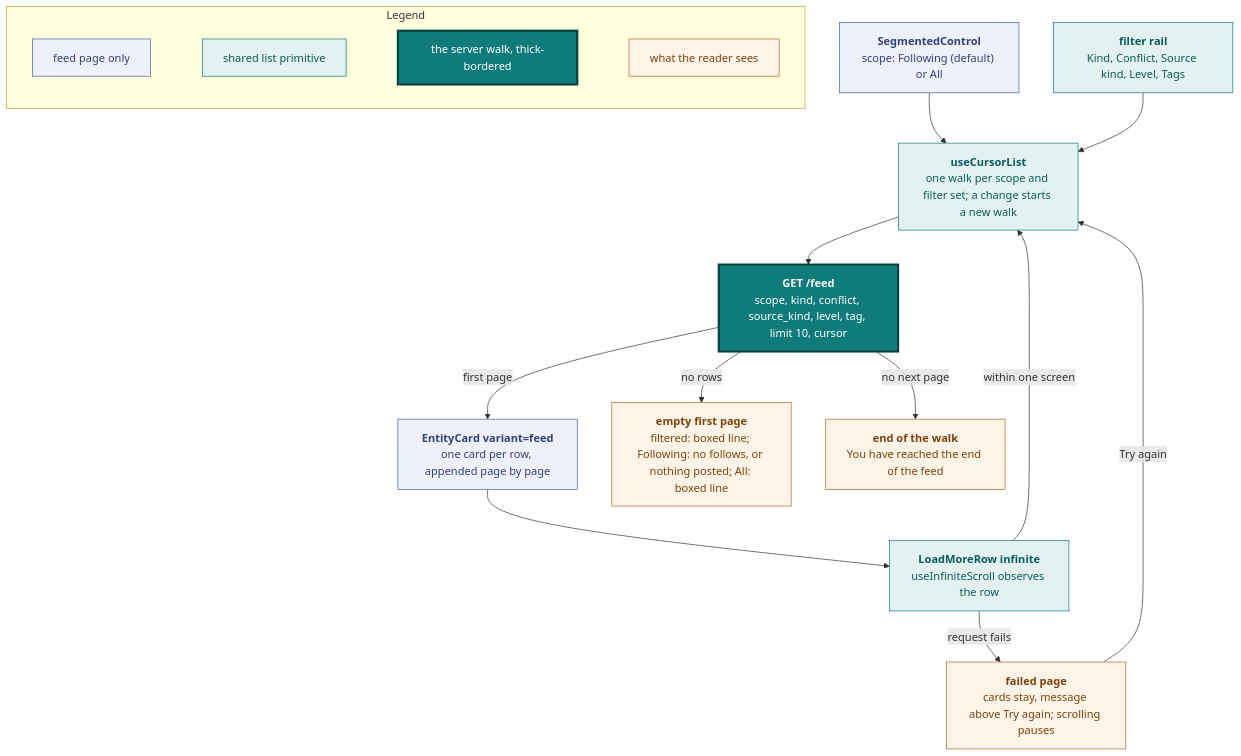
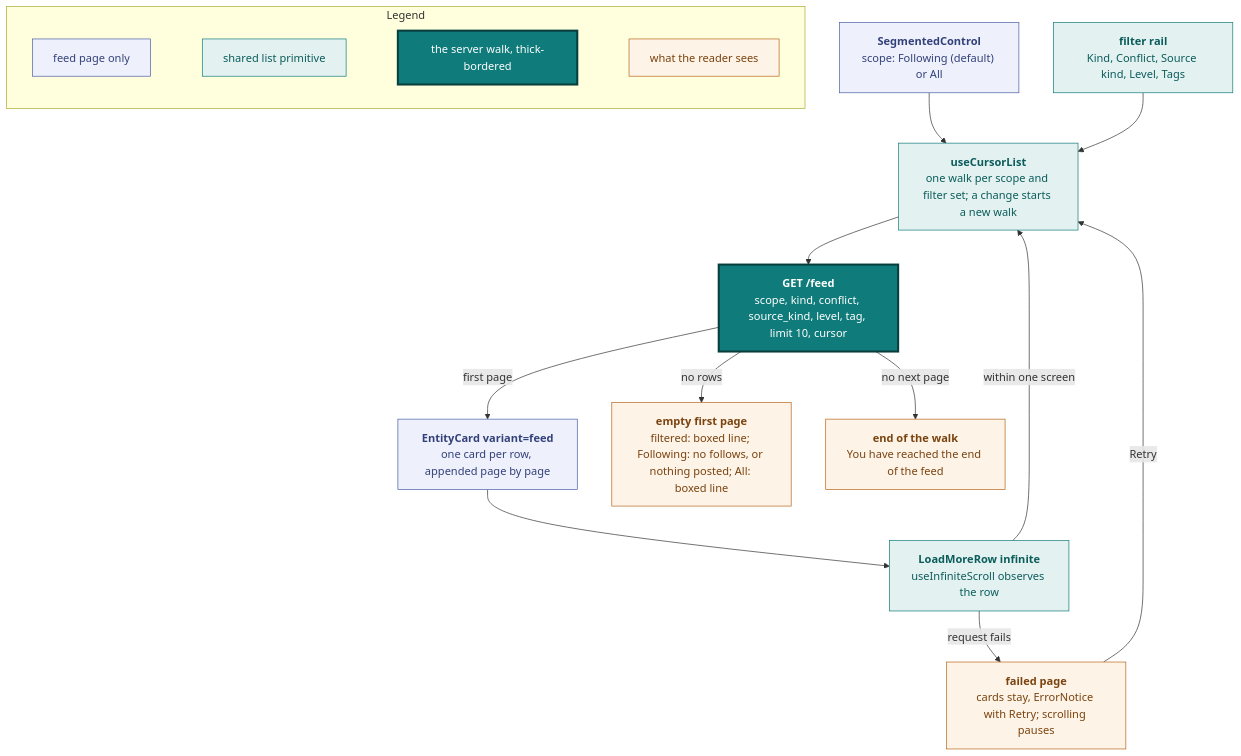
One commit to vidithq/vidit changed diagram 15 of 21 in docs/design.md. Above: the diagram before and after it, drawn with Mermaid. The commit also changed other lines of this file and 115 other files, not shown here.

First line of the commit message:
feat(errors): read every failure in plain words and show it in one ErrorNotice (#795)

````diff
--- a/docs/design.md
+++ b/docs/design.md
@@ -1327,46 +1327,46 @@
 ```mermaid
 flowchart TB
   classDef page fill:#eef1fb,stroke:#4a5fa5,color:#33417a
   classDef shared fill:#e3f2f1,stroke:#0f7b7a,color:#0b5c5b
   classDef core fill:#0f7b7a,stroke:#083f3e,stroke-width:3px,color:#ffffff
   classDef state fill:#fdf3e7,stroke:#b8661a,color:#7a430f
 
   subgraph legend [Legend]
     direction LR
     l1["`feed page only`"]:::page
     l2["`shared list primitive`"]:::shared
     l3["`the server walk, thick-bordered`"]:::core
     l4["`what the reader sees`"]:::state
     l1 ~~~ l2 ~~~ l3 ~~~ l4
   end
 
   toggle["`**SegmentedControl**
   scope: Following (default) or All`"]:::page
   filters["`**filter rail**
   Kind, Conflict, Source kind, Level, Tags`"]:::shared
   walk["`**useCursorList**
   one walk per scope and filter set; a change starts a new walk`"]:::shared
   api["`**GET /feed**
   scope, kind, conflict, source_kind, level, tag, limit 10, cursor`"]:::core
   cards["`**EntityCard variant=feed**
   one card per row, appended page by page`"]:::page
   row["`**LoadMoreRow infinite**
   useInfiniteScroll observes the row`"]:::shared
 
   empty["`**empty first page**
   filtered: boxed line; Following: no follows, or nothing posted; All: boxed line`"]:::state
   failed["`**failed page**
-  cards stay, message above Try again; scrolling pauses`"]:::state
+  cards stay, ErrorNotice with Retry; scrolling pauses`"]:::state
   done["`**end of the walk**
   You have reached the end of the feed`"]:::state
 
   toggle --> walk --> api
   filters --> walk
   api -->|first page| cards
   api -->|no rows| empty
   cards --> row
   row -->|within one screen| walk
   row -->|request fails| failed
-  failed -->|Try again| walk
+  failed -->|Retry| walk
   api -->|no next page| done
 ```
````
